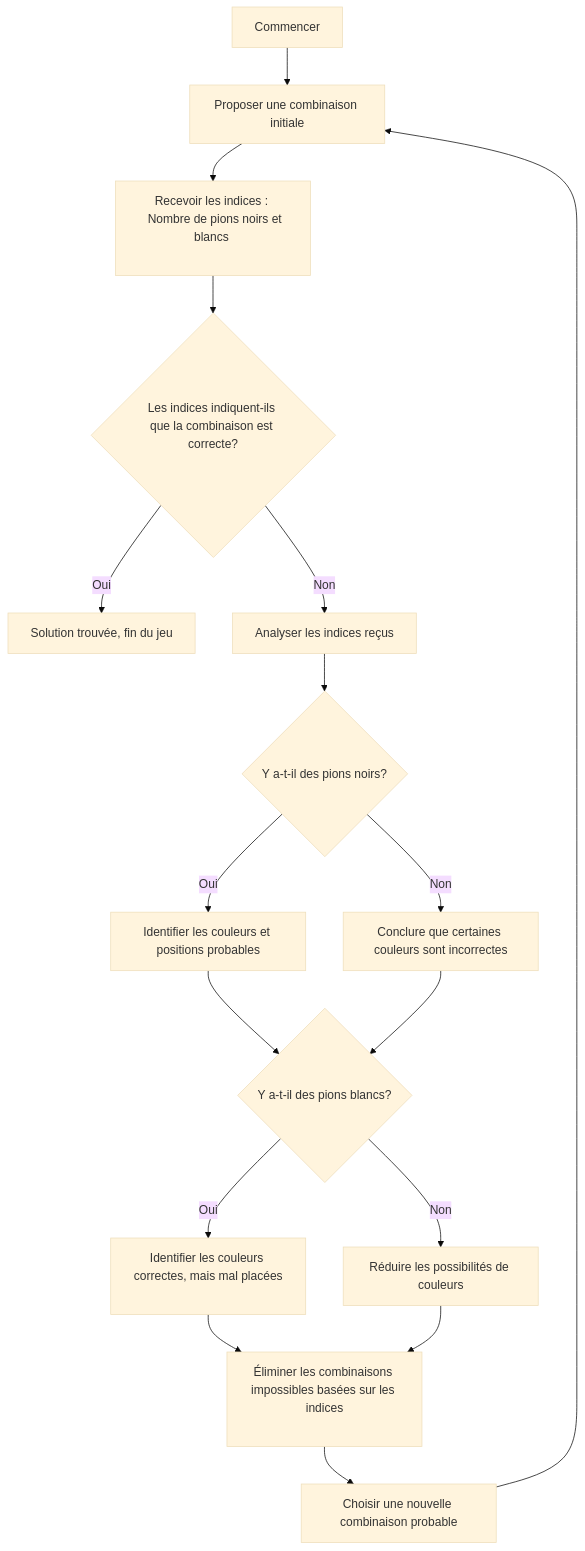
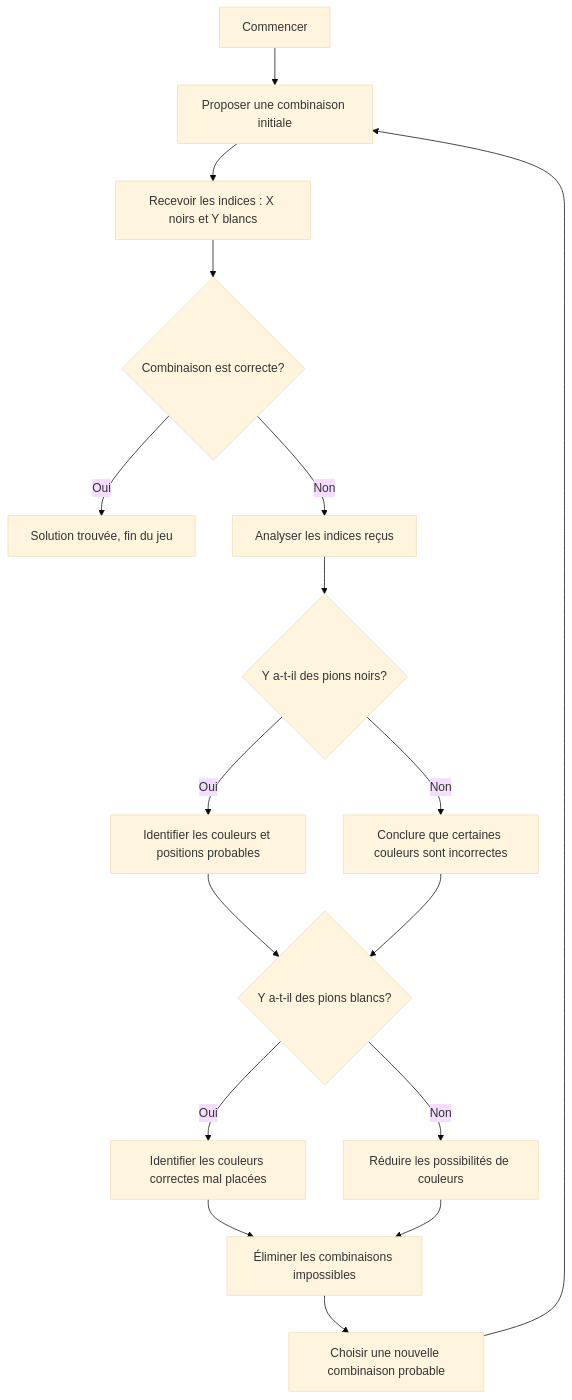
The diagram in supports/pseudocode.md (jonathanMelly/msig24), drawn with Mermaid (base theme) before and after one commit.

Commit message:
feat(pseudo flowchart): better ui with shorter sentences instead of <br>

````diff
--- a/supports/pseudocode.md
+++ b/supports/pseudocode.md
@@ -269,26 +269,26 @@
 ```mermaid
 
 flowchart TD
 
     A[Commencer] --> B[Proposer une combinaison initiale]
-    B --> C[Recevoir les indices : <br/>  Nombre de pions noirs et blancs <br/>&nbsp;]
-    C --> D{Les indices indiquent-ils que la combinaison est correcte?<br/>&nbsp;}
+    B --> C[Recevoir les indices : X noirs et Y blancs]
+    C --> D{Combinaison est correcte?}
     D -->|Oui| E[Solution trouvée, fin du jeu]
     D -->|Non| F[Analyser les indices reçus]
     
     F --> G{Y a-t-il des pions noirs?}
     G -->|Oui| H[Identifier les couleurs et positions probables]
     G -->|Non| I[Conclure que certaines couleurs sont incorrectes]
     
     H --> J{Y a-t-il des pions blancs?}
     I --> J
     
-    J -->|Oui| K[Identifier les couleurs correctes, mais mal placées<br/>&nbsp;]
+    J -->|Oui| K[Identifier les couleurs correctes mal placées]
     J -->|Non| L[Réduire les possibilités de couleurs]
     
-    K --> M[Éliminer les combinaisons impossibles basées sur les indices<br/>&nbsp;]
+    K --> M[Éliminer les combinaisons impossibles]
     L --> M
     
     M --> N[Choisir une nouvelle combinaison probable]
     N --> B
 ```
````
